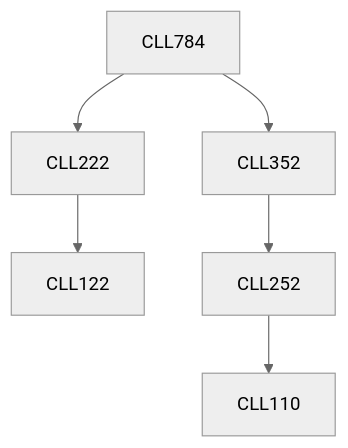
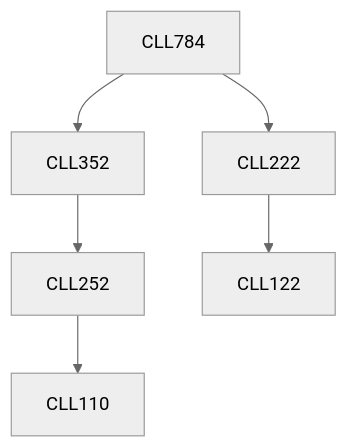
One commit to KeshavBansal0122/CoS_Website changed the diagram in content/Chemical Engineering/CLL784.md. Above: the diagram before and after it, drawn with Mermaid (neutral theme). The commit also changed other lines of this file and 2667 other files, not shown here.

````diff
--- a/content/Chemical Engineering/CLL784.md
+++ b/content/Chemical Engineering/CLL784.md
@@ -17,8 +15,12 @@
 ```mermaid
-graph TD
-CLL784 --> CLL222
-CLL222 --> CLL122
-CLL784 --> CLL352
-CLL352 --> CLL252
-CLL252 --> CLL110
+flowchart TD
+CLL784-161[CLL784]
+CLL784-161 --> CLL352-161[CLL352]
+CLL352-161 --> CLL252-161[CLL252]
+CLL222-161 --> CLL122-161[CLL122]
+CLL252-161 --> CLL110-161[CLL110]
+CLL784-161 --> CLL222-161[CLL222]
+
+classDef empty height:17px, fill:transparent, stroke:transparent;
+classDef trueEmpty height:0px, width:0px;
 ```
````
